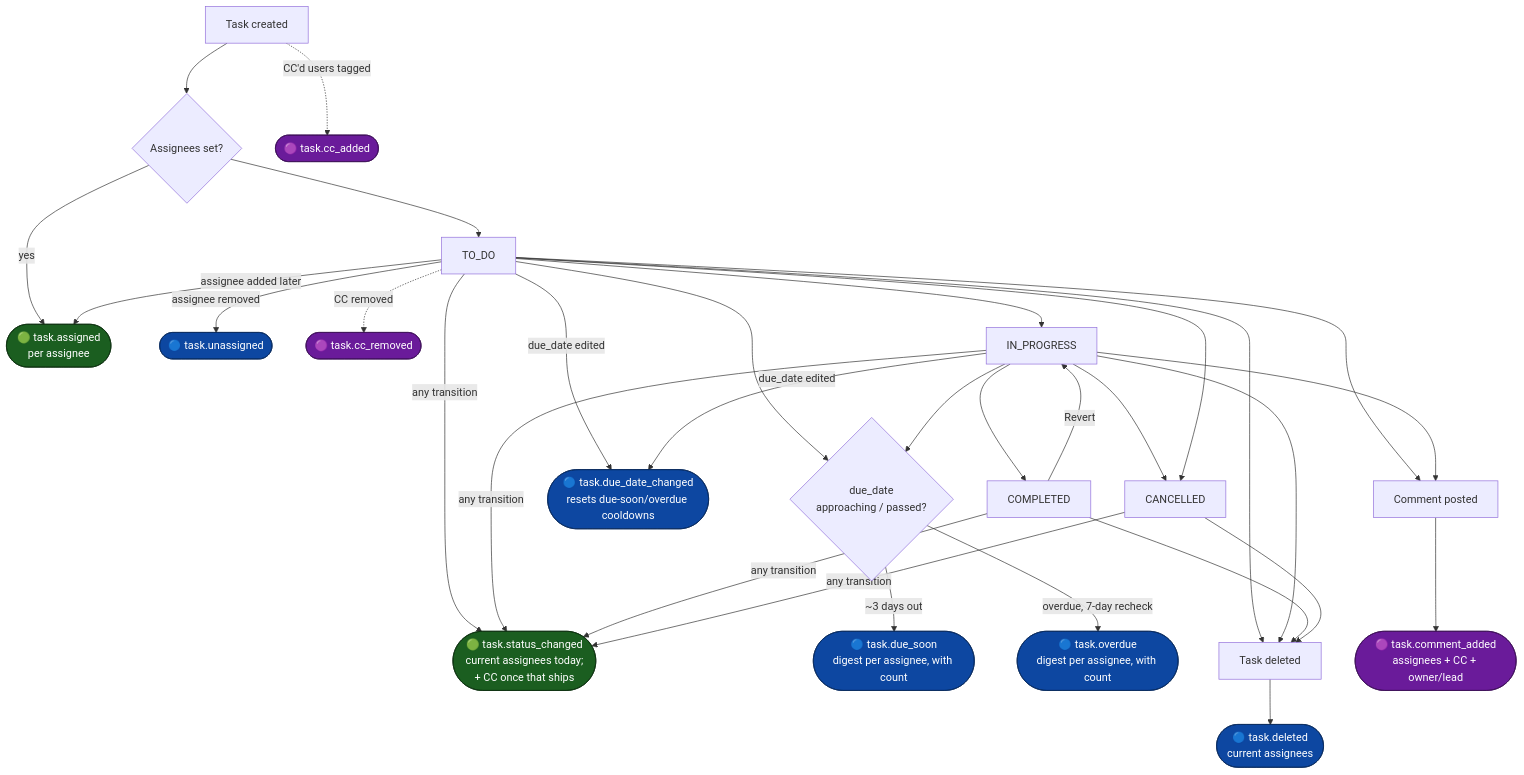
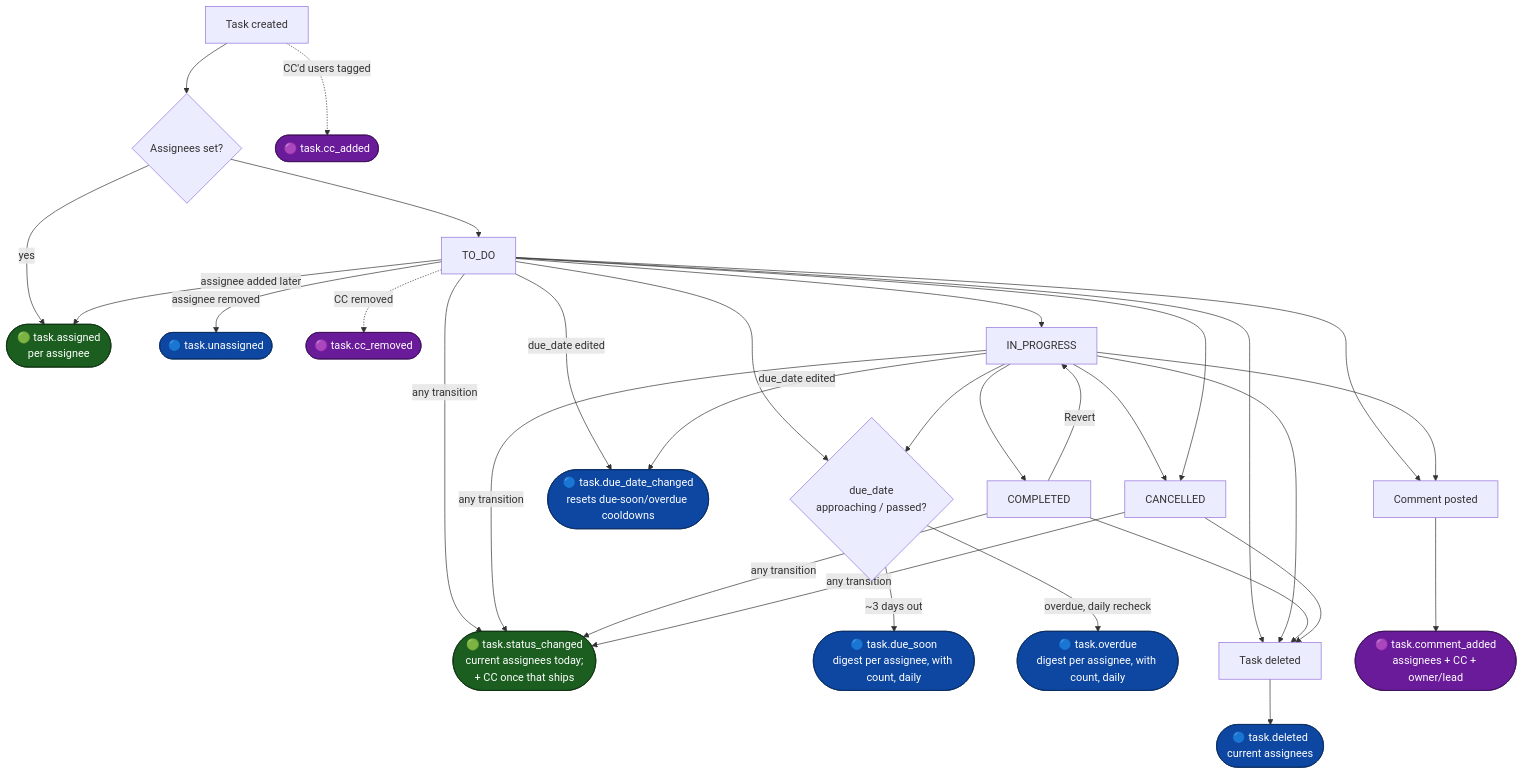
Before and after one commit to hazimdanishhh/hyrax-central-portal: the second of 3 diagrams in docs/WORKSPACE-NOTIFICATIONS-LIFECYCLE.md, drawn with Mermaid. The commit also changed other lines of this file and 30 other files, not shown here.

````diff
--- a/docs/WORKSPACE-NOTIFICATIONS-LIFECYCLE.md
+++ b/docs/WORKSPACE-NOTIFICATIONS-LIFECYCLE.md
@@ -35,25 +35,25 @@
 ```mermaid
 flowchart TD
     classDef implemented fill:#1b5e20,color:#fff,stroke:#0d3010
     classDef building fill:#0d47a1,color:#fff,stroke:#082a5e
     classDef future fill:#6a1b9a,color:#fff,stroke:#3d0f57
 
     T1[Task created] --> T2{Assignees set?}
     T2 -->|yes| NT1(["🟢 task.assigned\nper assignee"]):::implemented
     T2 --> T3[TO_DO]
     T1 -.->|CC'd users tagged| NTC1(["🟣 task.cc_added"]):::future
     T3 -->|assignee added later| NT1
     T3 -->|assignee removed| NT2(["🔵 task.unassigned"]):::building
     T3 -.->|CC removed| NTC2(["🟣 task.cc_removed"]):::future
     T3 --> T4[IN_PROGRESS] --> T5[COMPLETED]
     T4 --> T6[CANCELLED]
     T3 --> T6
     T5 -->|Revert| T4
     T3 & T4 & T5 & T6 -->|any transition| NT3(["🟢 task.status_changed\ncurrent assignees today;\n+ CC once that ships"]):::implemented
     T3 & T4 -->|due_date edited| NT4(["🔵 task.due_date_changed\nresets due-soon/overdue cooldowns"]):::building
     T3 & T4 --> T7{due_date\napproaching / passed?}
-    T7 -->|~3 days out| NT5(["🔵 task.due_soon\ndigest per assignee, with count"]):::building
-    T7 -->|overdue, 7-day recheck| NT6(["🔵 task.overdue\ndigest per assignee, with count"]):::building
+    T7 -->|~3 days out| NT5(["🔵 task.due_soon\ndigest per assignee, with count, daily"]):::building
+    T7 -->|overdue, daily recheck| NT6(["🔵 task.overdue\ndigest per assignee, with count, daily"]):::building
     T3 & T4 & T5 & T6 --> T8[Task deleted] --> NT7(["🔵 task.deleted\ncurrent assignees"]):::building
     T3 & T4 --> T9[Comment posted] --> NT8(["🟣 task.comment_added\nassignees + CC + owner/lead"]):::future
 ```
````
